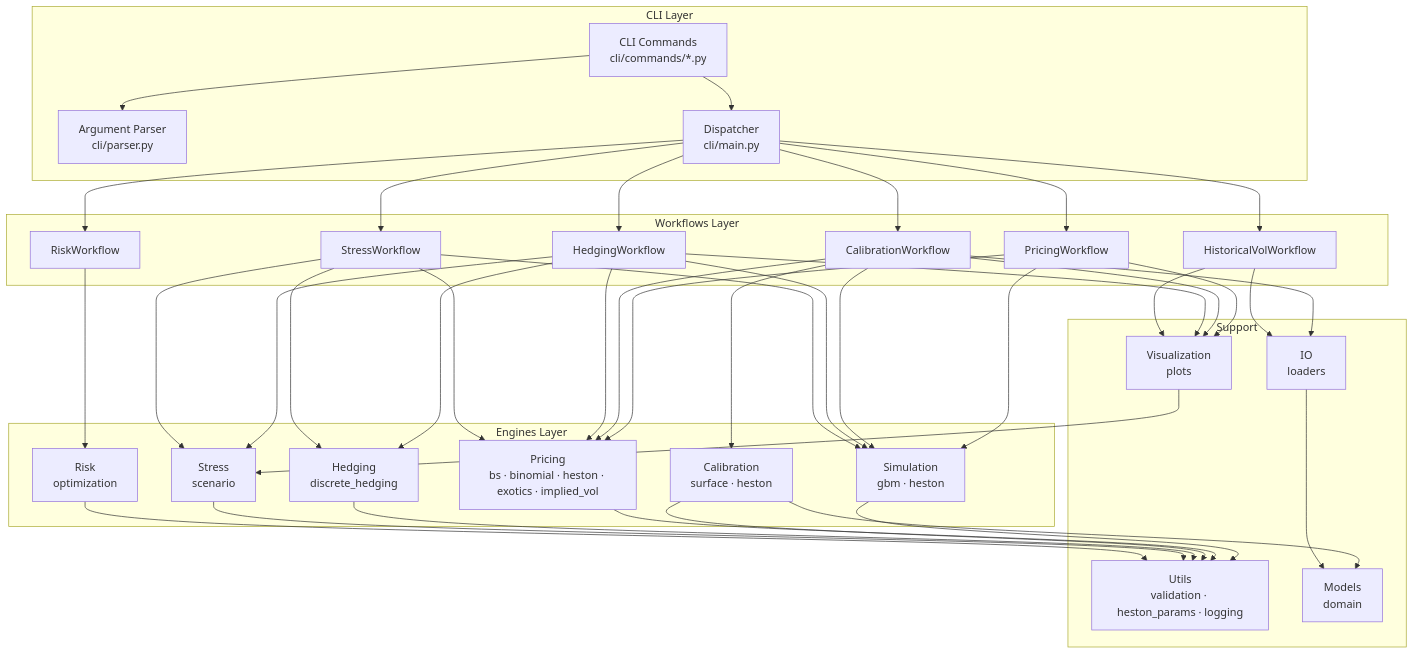
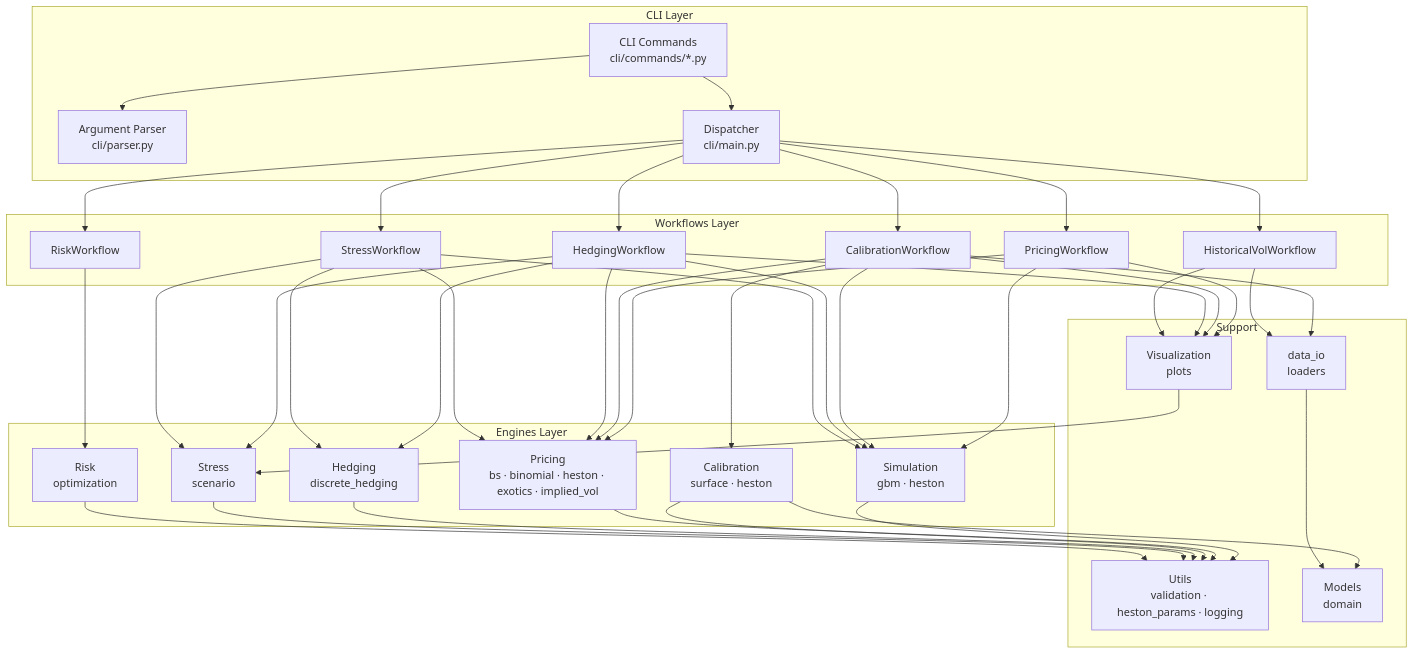
The first of 8 diagrams in docs/CLI_REFERENCE.md (francescopionatale/derivatives-pricing-model), drawn with Mermaid before and after one commit. The commit also changed other lines of this file and 1 other file, not shown here.

Commit message:
docs: update README and CLI_REFERENCE to reflect flattened src/ layout

````diff
--- a/docs/CLI_REFERENCE.md
+++ b/docs/CLI_REFERENCE.md
@@ -9,46 +9,46 @@
 ```mermaid
 graph TD
     subgraph CLI["CLI Layer"]
         CMD["CLI Commands\ncli/commands/*.py"]
         PARSER["Argument Parser\ncli/parser.py"]
         MAIN["Dispatcher\ncli/main.py"]
     end
 
     subgraph WF["Workflows Layer"]
         PW["PricingWorkflow"]
         CW["CalibrationWorkflow"]
         HW["HedgingWorkflow"]
         SW["StressWorkflow"]
         RW["RiskWorkflow"]
         HVW["HistoricalVolWorkflow"]
     end
 
     subgraph ENG["Engines Layer"]
         SIM["Simulation\ngbm · heston"]
         PRC["Pricing\nbs · binomial · heston · exotics · implied_vol"]
         CAL["Calibration\nsurface · heston"]
         HDG["Hedging\ndiscrete_hedging"]
         STR["Stress\nscenario"]
         RSK["Risk\noptimization"]
     end
 
     subgraph SUP["Support"]
-        IO["IO\nloaders"]
+        IO["data_io\nloaders"]
         VIZ["Visualization\nplots"]
         UTL["Utils\nvalidation · heston_params · logging"]
         MDL["Models\ndomain"]
     end
 
     CMD --> PARSER
     CMD --> MAIN
     MAIN --> PW & CW & HW & SW & RW & HVW
     PW & CW & HW & SW --> SIM & PRC
     CW --> CAL
     HW & SW --> HDG & STR
     RW --> RSK
     CW & HVW --> IO
     PW & CW & HW & HVW --> VIZ
     SIM & PRC & CAL & HDG & STR & RSK --> UTL
     CAL & IO --> MDL
     VIZ --> STR
 ```
````
